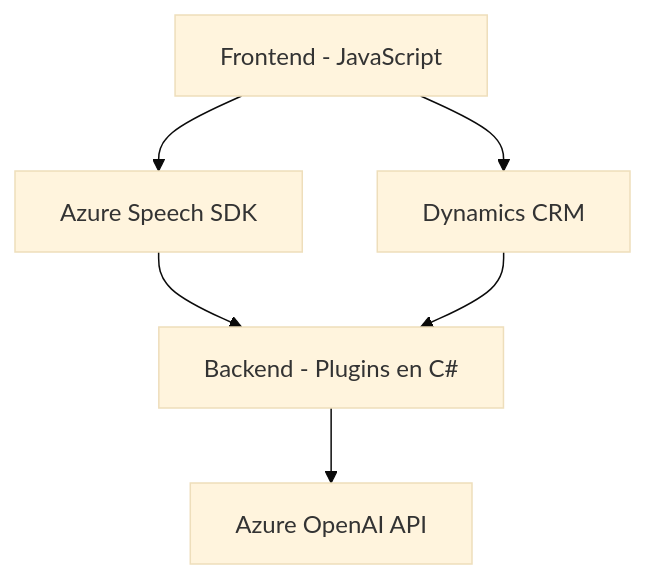
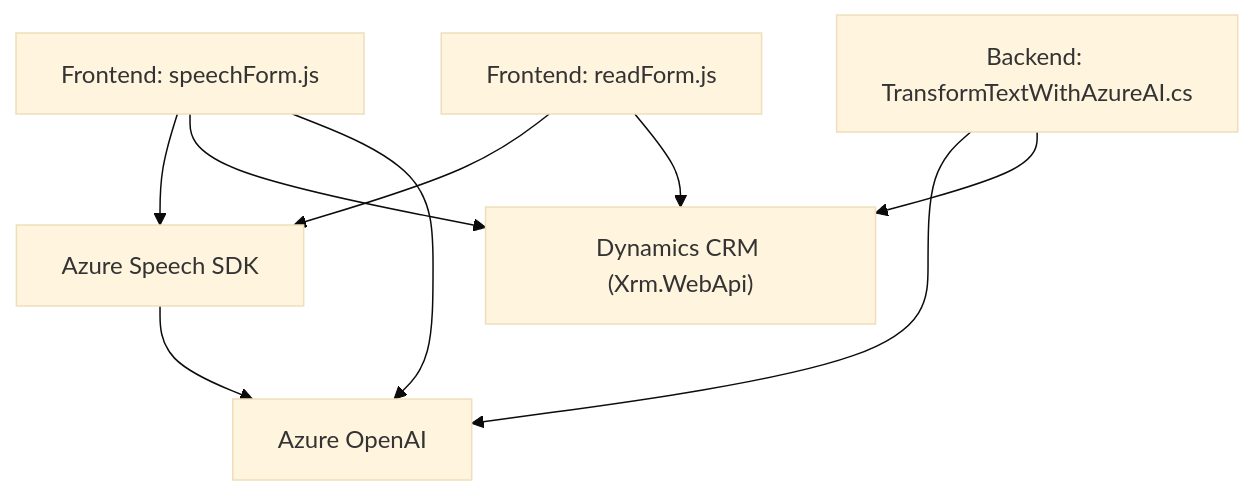
One commit to blopezdm/NETCORE_BILBAO2025 changed the diagram in README.md. Above: the diagram before and after it, drawn with Mermaid (base theme). The commit also changed other lines of this file, not shown here.

````diff
--- a/README.md
+++ b/README.md
@@ -30,14 +40,18 @@
 ```mermaid
 graph TD
-A["Frontend - JavaScript"]
-B["Azure Speech SDK"]
-C["Backend - Plugins en C#"]
-D["Azure OpenAI API"]
-E["Dynamics CRM"]
-
-A --> B
-B --> C
-A --> E
-C --> D
-E --> C
+    A["Frontend: readForm.js"]
+    B["Frontend: speechForm.js"]
+    C["Backend: TransformTextWithAzureAI.cs"]
+    D["Azure Speech SDK"]
+    E["Azure OpenAI"]
+    F["Dynamics CRM (Xrm.WebApi)"]
+    
+    A --> D
+    A --> F
+    B --> D
+    B --> F
+    B --> E
+    C --> E
+    C --> F
+    D --> E
 ```
````
